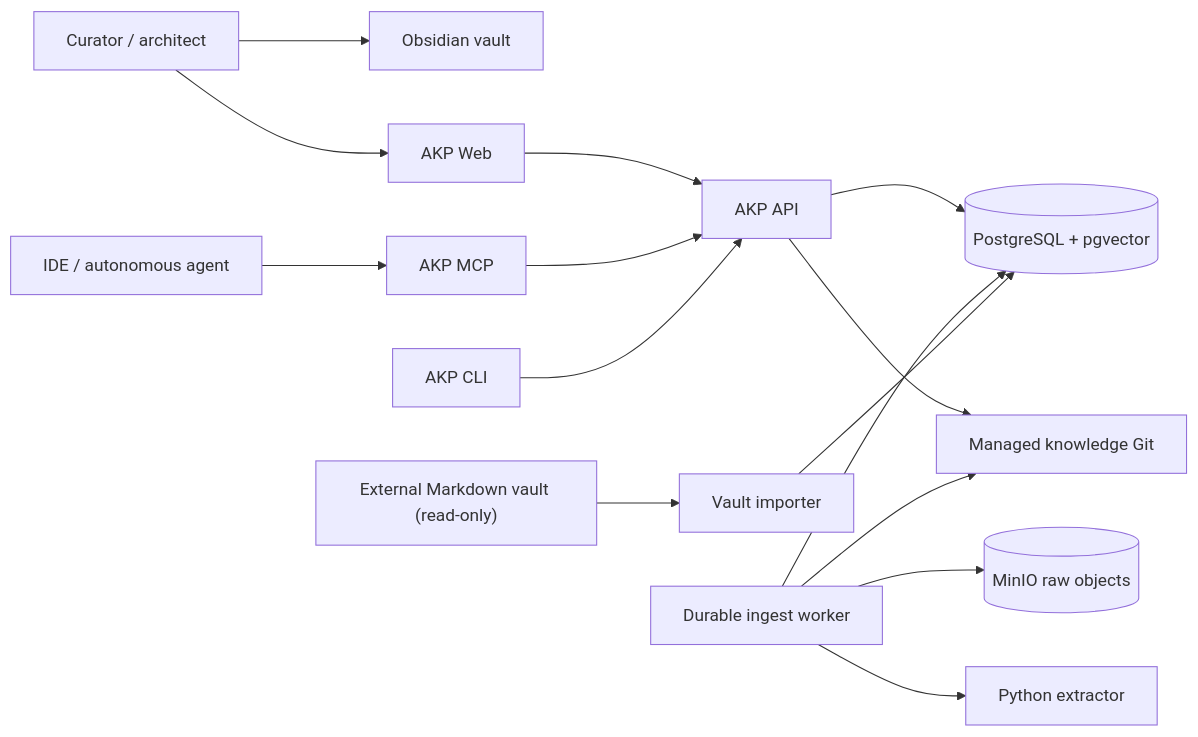
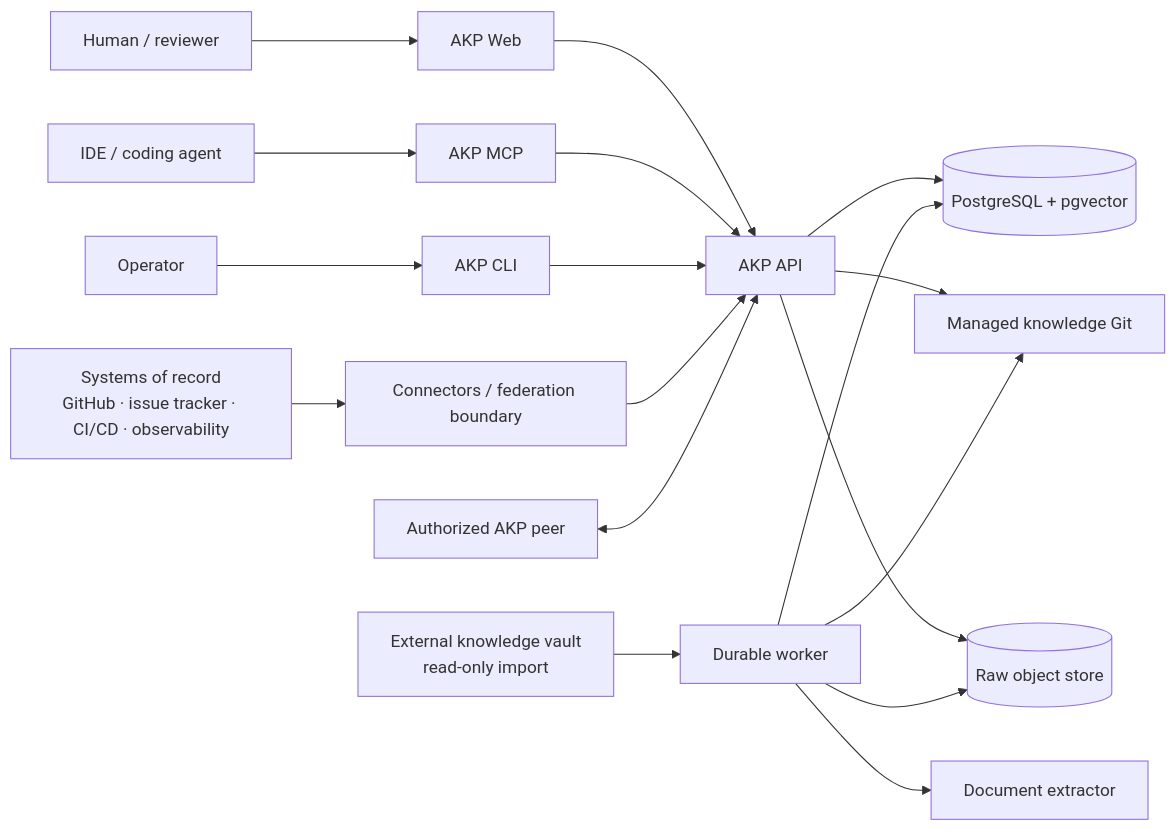
Before and after one commit to David-std/Architecture-Knowledge-Platform: the diagram in docs/architecture/c4.md, drawn with Mermaid. The commit also changed other lines of this file and 20 other files, not shown here.

Commit message:
docs: align product documentation with v0.4 context architecture

````diff
--- a/docs/architecture/c4.md
+++ b/docs/architecture/c4.md
@@ -5,16 +5,20 @@
 ```mermaid
 flowchart LR
-  Human["Curator / architect"] --> Obsidian["Obsidian vault"]
-  Human --> Web["AKP Web"]
-  Agent["IDE / autonomous agent"] --> MCP["AKP MCP"]
+  Human["Human / reviewer"] --> Web["AKP Web"]
+  Agent["IDE / coding agent"] --> MCP["AKP MCP"]
+  Operator["Operator"] --> CLI["AKP CLI"]
   Web --> API["AKP API"]
   MCP --> API
-  CLI["AKP CLI"] --> API
+  CLI --> API
+  SoR["Systems of record<br/>GitHub · issue tracker · CI/CD · observability"] --> Connector["Connectors / federation boundary"]
+  Connector --> API
+  Peer["Authorized AKP peer"] <--> API
   API --> PG[("PostgreSQL + pgvector")]
   API --> Git["Managed knowledge Git"]
-  Worker["Durable ingest worker"] --> PG
-  Worker --> MinIO[("MinIO raw objects")]
-  Worker --> Extractor["Python extractor"]
+  API --> Raw[("Raw object store")]
+  Worker["Durable worker"] --> PG
   Worker --> Git
-  Vault["External Markdown vault (read-only)"] --> Importer["Vault importer"] --> PG
+  Worker --> Raw
+  Worker --> Extractor["Document extractor"]
+  Vault["External knowledge vault<br/>read-only import"] --> Worker
 ```
````
